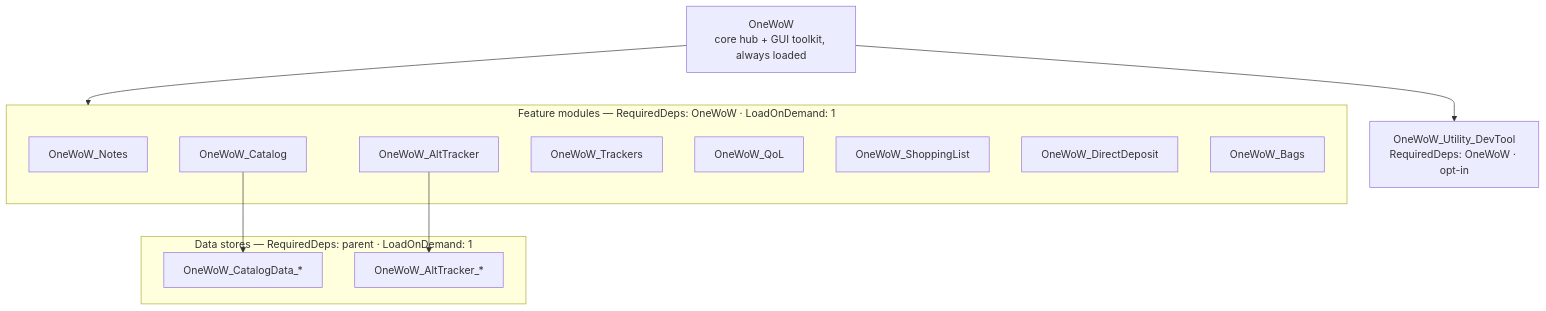
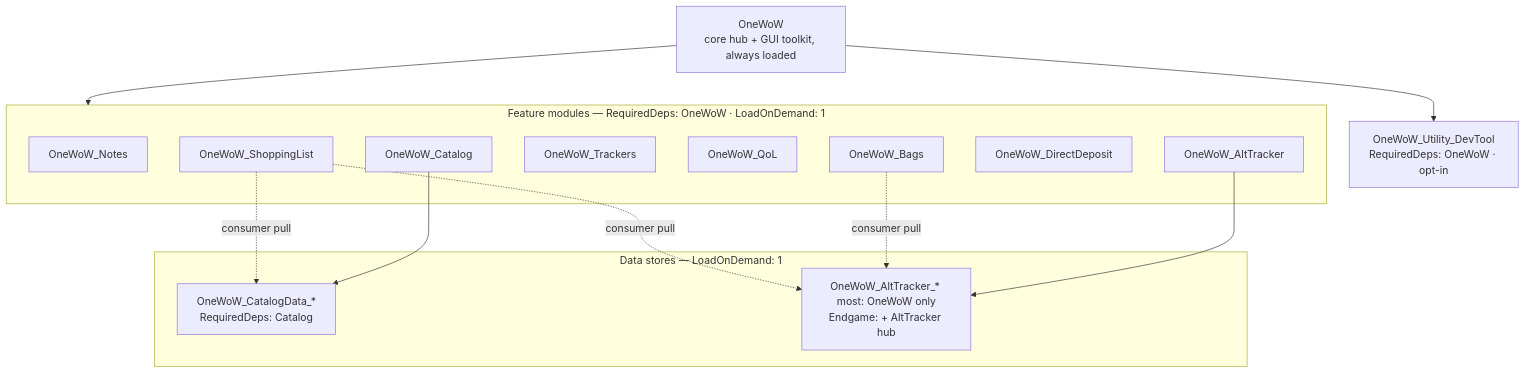
One commit to MichinMigugin/OneWoW_Suite changed the diagram in OneWoW/Docs/ARCHITECTURE.md. Above: the diagram before and after it, drawn with Mermaid. The commit also changed other lines of this file and 34 other files, not shown here.

````diff
--- a/OneWoW/Docs/ARCHITECTURE.md
+++ b/OneWoW/Docs/ARCHITECTURE.md
@@ -41,26 +41,29 @@
 ```mermaid
 flowchart TB
     OW[OneWoW<br/>core hub + GUI toolkit, always loaded]
 
     subgraph Modules [Feature modules — RequiredDeps: OneWoW · LoadOnDemand: 1]
         Notes[OneWoW_Notes]
         AltTracker[OneWoW_AltTracker]
         Catalog[OneWoW_Catalog]
         Trackers[OneWoW_Trackers]
         QoL[OneWoW_QoL]
         ShoppingList[OneWoW_ShoppingList]
         DirectDeposit[OneWoW_DirectDeposit]
         Bags[OneWoW_Bags]
     end
     OW --> Modules
 
-    subgraph Stores [Data stores — RequiredDeps: parent · LoadOnDemand: 1]
-        CatalogData[OneWoW_CatalogData_*]
-        AltData[OneWoW_AltTracker_*]
+    subgraph Stores [Data stores — LoadOnDemand: 1]
+        CatalogData[OneWoW_CatalogData_*<br/>RequiredDeps: Catalog]
+        AltData[OneWoW_AltTracker_* most: OneWoW only<br/>Endgame: + AltTracker hub]
     end
     Catalog --> CatalogData
     AltTracker --> AltData
+    Bags -.->|consumer pull| AltData
+    ShoppingList -.->|consumer pull| AltData
+    ShoppingList -.->|consumer pull| CatalogData
 
     DevTool[OneWoW_Utility_DevTool<br/>RequiredDeps: OneWoW · opt-in]
     OW --> DevTool
 ```
````
